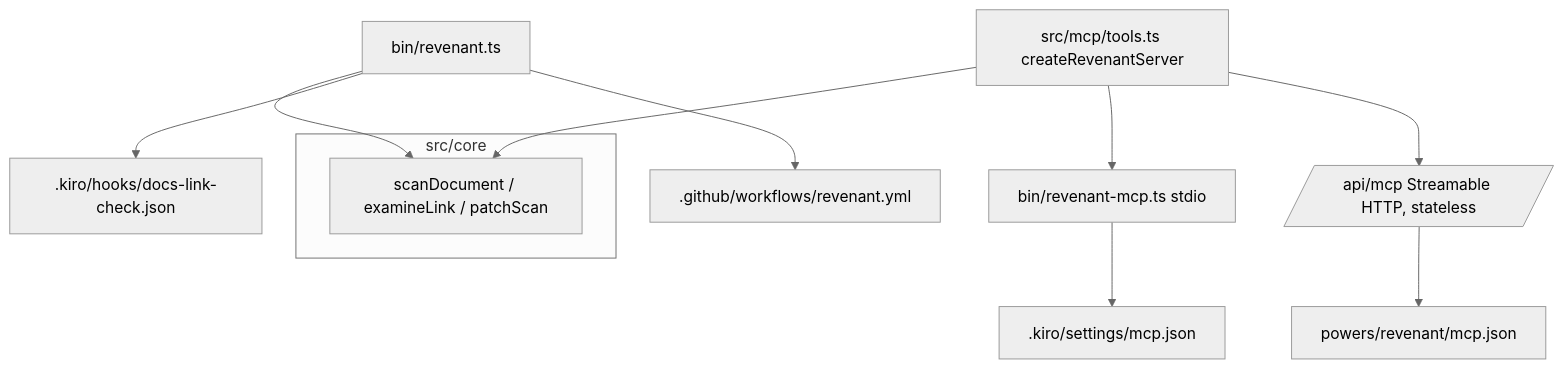
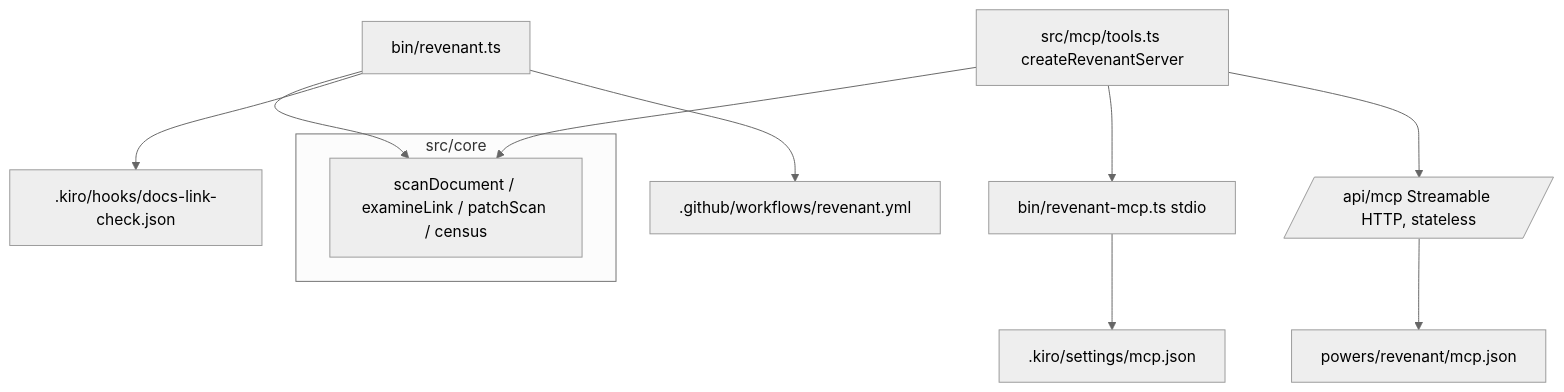
Before and after one commit to ZNLong2203/revenant: the diagram in .kiro/specs/agent-surfaces/design.md, drawn with Mermaid (neutral theme). The commit also changed other lines of this file and 23 other files, not shown here.

````diff
--- a/.kiro/specs/agent-surfaces/design.md
+++ b/.kiro/specs/agent-surfaces/design.md
@@ -5,14 +9,14 @@
 ```mermaid
 flowchart TB
   subgraph Engine [src/core]
-    S[scanDocument / examineLink / patchScan]
+    S[scanDocument / examineLink / patchScan / census]
   end
   T[src/mcp/tools.ts createRevenantServer] --> S
   CLI[bin/revenant.ts] --> S
   T --> STDIO[bin/revenant-mcp.ts stdio]
   T --> HTTP[/api/mcp Streamable HTTP, stateless/]
   STDIO --> K1[.kiro/settings/mcp.json]
   HTTP --> P[powers/revenant/mcp.json]
   CLI --> H[.kiro/hooks/docs-link-check.json]
   CLI --> GA[.github/workflows/revenant.yml]
 ```
````
